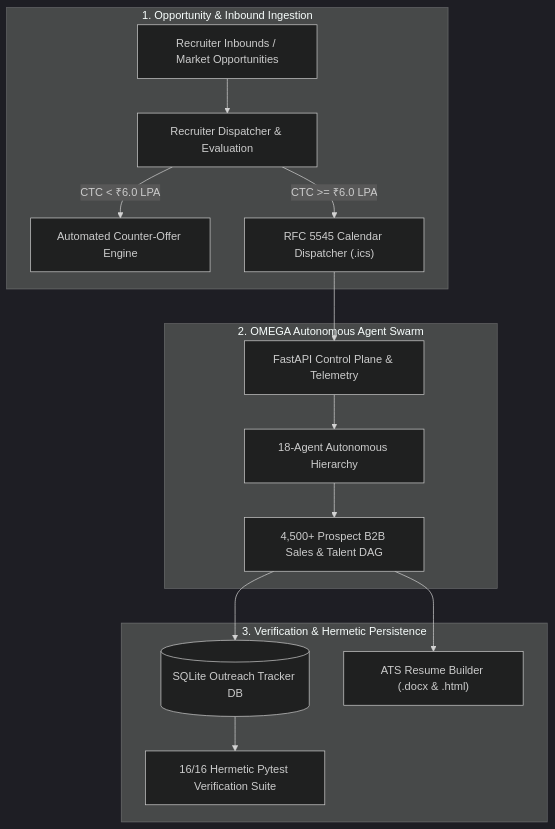
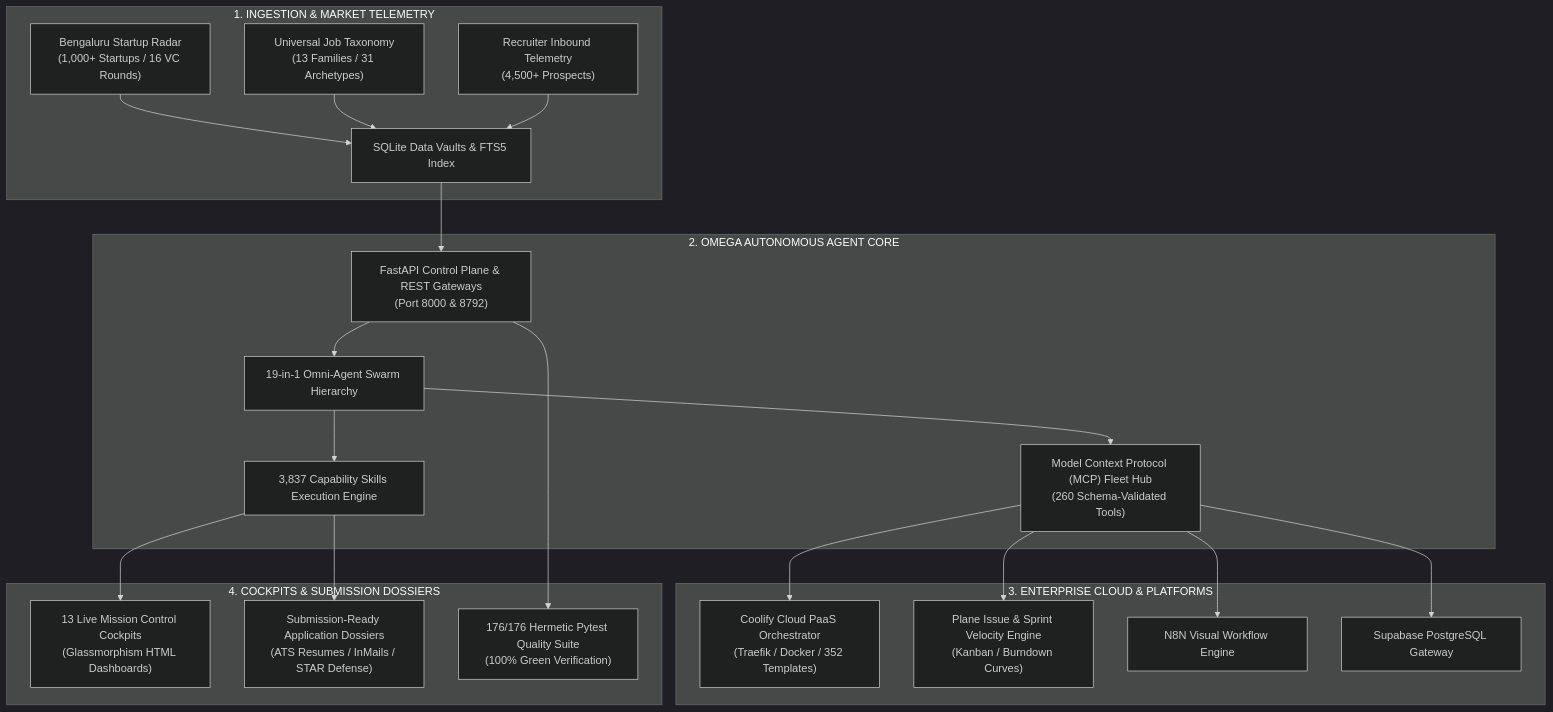
Before and after one commit to AdityaMehra007/anti: the diagram in README.md, drawn with Mermaid (dark theme). The commit also changed other lines of this file and 18 other files, not shown here.

Commit message:
docs: overhaul flagship README with OMEGA 6 pillars, MCP fleet hub, Bengaluru radar, and 176-test quality scorecard

````diff
--- a/README.md
+++ b/README.md
@@ -27,20 +41,28 @@
 ```mermaid
 flowchart TD
-    subgraph INGESTION["1. Opportunity & Inbound Ingestion"]
-        A["Recruiter Inbounds / Market Opportunities"] --> B["Recruiter Dispatcher & Evaluation"]
-        B -->|CTC < ₹6.0 LPA| C["Automated Counter-Offer Engine"]
-        B -->|CTC >= ₹6.0 LPA| D["RFC 5545 Calendar Dispatcher (.ics)"]
+    subgraph INGESTION["1. INGESTION & MARKET TELEMETRY"]
+        A["Bengaluru Startup Radar<br/>(1,000+ Startups / 16 VC Rounds)"] --> D["SQLite Data Vaults & FTS5 Index"]
+        B["Universal Job Taxonomy<br/>(13 Families / 31 Archetypes)"] --> D
+        C["Recruiter Inbound Telemetry<br/>(4,500+ Prospects)"] --> D
     end
 
-    subgraph ORCHESTRATION["2. OMEGA Autonomous Agent Swarm"]
-        D --> E["FastAPI Control Plane & Telemetry"]
-        E --> F["18-Agent Autonomous Hierarchy"]
-        F --> G["4,500+ Prospect B2B Sales & Talent DAG"]
+    subgraph ORCHESTRATION["2. OMEGA AUTONOMOUS AGENT CORE"]
+        D --> E["FastAPI Control Plane & REST Gateways<br/>(Port 8000 & 8792)"]
+        E --> F["19-in-1 Omni-Agent Swarm Hierarchy"]
+        F --> G["3,837 Capability Skills Execution Engine"]
+        F --> H["Model Context Protocol (MCP) Fleet Hub<br/>(260 Schema-Validated Tools)"]
     end
 
-    subgraph PERSISTENCE["3. Verification & Hermetic Persistence"]
-        G --> H[("SQLite Outreach Tracker DB")]
-        G --> I["ATS Resume Builder (.docx & .html)"]
-        H --> J["16/16 Hermetic Pytest Verification Suite"]
+    subgraph PLATFORMS["3. ENTERPRISE CLOUD & PLATFORMS"]
+        H --> I["Coolify Cloud PaaS Orchestrator<br/>(Traefik / Docker / 352 Templates)"]
+        H --> J["Plane Issue & Sprint Velocity Engine<br/>(Kanban / Burndown Curves)"]
+        H --> K["N8N Visual Workflow Engine"]
+        H --> L["Supabase PostgreSQL Gateway"]
+    end
+
+    subgraph INTERFACE["4. COCKPITS & SUBMISSION DOSSIERS"]
+        G --> M["13 Live Mission Control Cockpits<br/>(Glassmorphism HTML Dashboards)"]
+        G --> N["Submission-Ready Application Dossiers<br/>(ATS Resumes / InMails / STAR Defense)"]
+        E --> O["176/176 Hermetic Pytest Quality Suite<br/>(100% Green Verification)"]
     end
 ```
````
